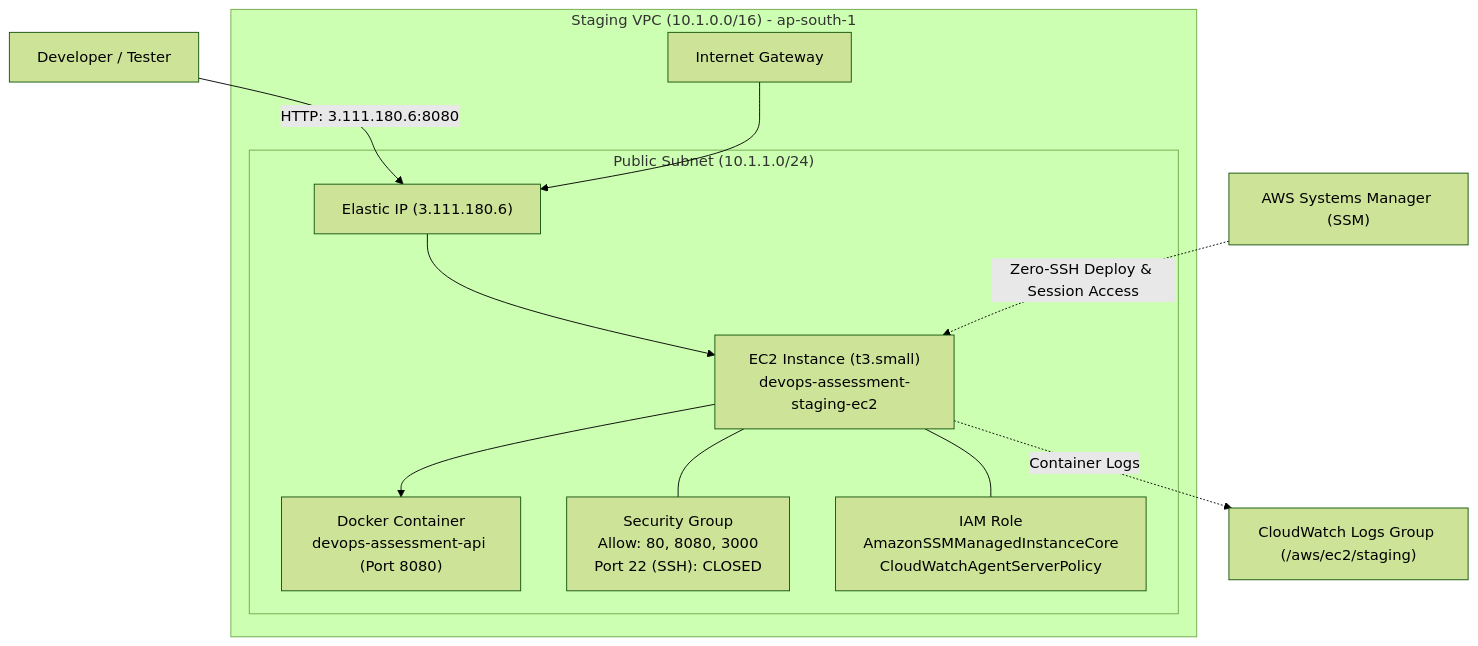
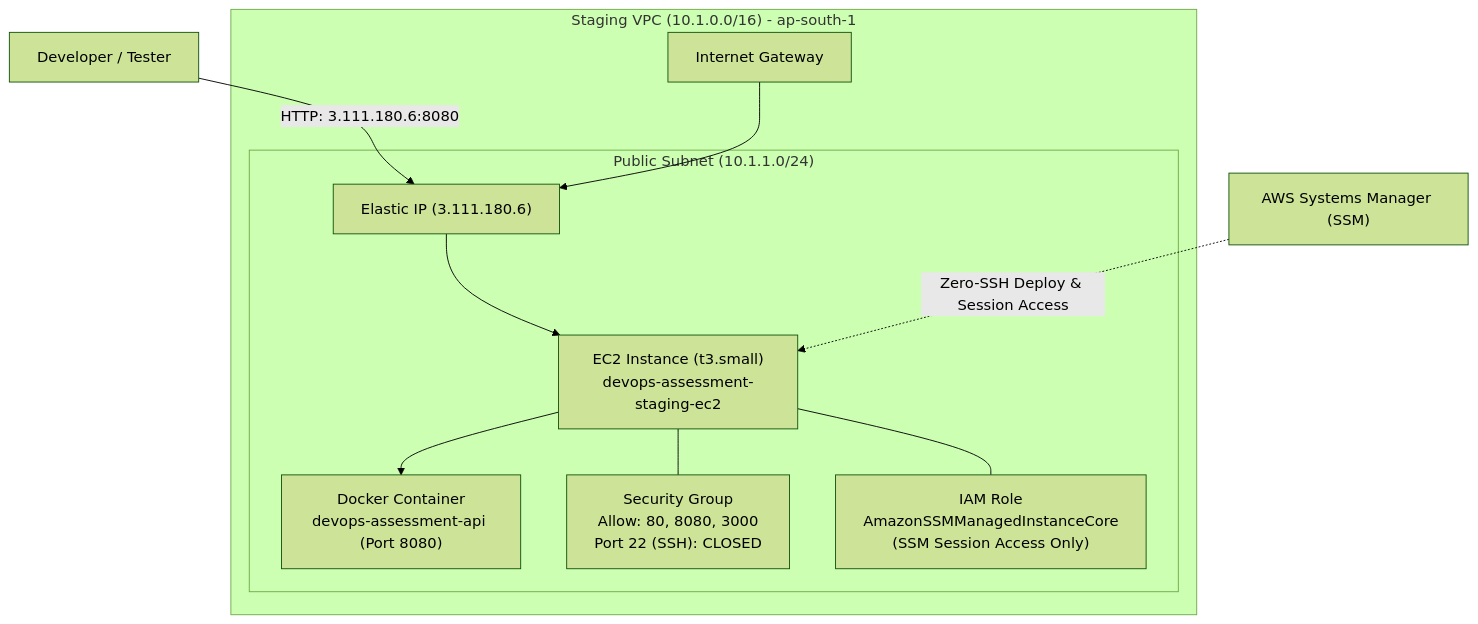
Before and after one commit to devlopersabbir/devops-assessment: the third of 4 diagrams in README.md, drawn with Mermaid (forest theme). The commit also changed other lines of this file and 3 other files, not shown here.

````diff
--- a/README.md
+++ b/README.md
@@ -115,17 +115,16 @@
 ```mermaid
 flowchart TD
     User["Developer / Tester"] -->|"HTTP: 3.111.180.6:8080"| EIP["Elastic IP (3.111.180.6)"]
     
     subgraph StagingVPC ["Staging VPC (10.1.0.0/16) - ap-south-1"]
         IGW_S["Internet Gateway"] --> EIP
         subgraph PublicSubnet_S ["Public Subnet (10.1.1.0/24)"]
             EIP --> EC2_S["EC2 Instance (t3.small)<br>devops-assessment-staging-ec2"]
             EC2_S --> AppContainer_S["Docker Container<br>devops-assessment-api (Port 8080)"]
             EC2_S --- SG_S["Security Group<br>Allow: 80, 8080, 3000<br>Port 22 (SSH): CLOSED"]
-            EC2_S --- IAM_S["IAM Role<br>AmazonSSMManagedInstanceCore<br>CloudWatchAgentServerPolicy"]
+            EC2_S --- IAM_S["IAM Role<br>AmazonSSMManagedInstanceCore<br>(SSM Session Access Only)"]
         end
     end
 
     AWS_SSM["AWS Systems Manager (SSM)"] -.->|"Zero-SSH Deploy & Session Access"| EC2_S
-    EC2_S -.->|"Container Logs"| CWL_S["CloudWatch Logs Group (/aws/ec2/staging)"]
 ```
````
